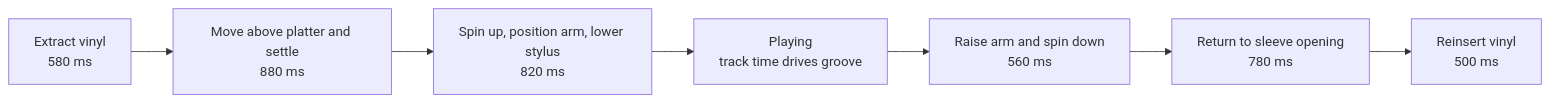
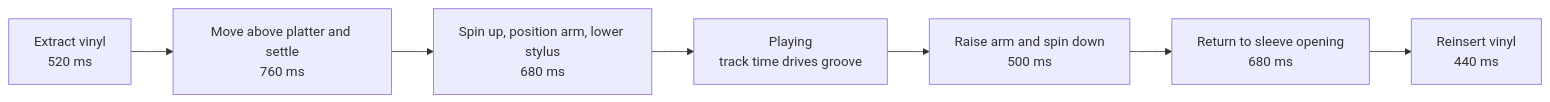
Before and after one commit to mintdotgg/bookshelf: the fourth of 4 diagrams in docs/animation-system/README.md, drawn with Mermaid. The commit also changed other lines of this file and 7 other files, not shown here.

````diff
--- a/docs/animation-system/README.md
+++ b/docs/animation-system/README.md
@@ -220,10 +227,10 @@
 ```mermaid
 flowchart LR
-    A["Extract vinyl<br/>580 ms"] -->
-    B["Move above platter and settle<br/>880 ms"] -->
-    C["Spin up, position arm, lower stylus<br/>820 ms"] -->
+    A["Extract vinyl<br/>520 ms"] -->
+    B["Move above platter and settle<br/>760 ms"] -->
+    C["Spin up, position arm, lower stylus<br/>680 ms"] -->
     D["Playing<br/>track time drives groove"] -->
-    E["Raise arm and spin down<br/>560 ms"] -->
-    F["Return to sleeve opening<br/>780 ms"] -->
-    G["Reinsert vinyl<br/>500 ms"]
+    E["Raise arm and spin down<br/>500 ms"] -->
+    F["Return to sleeve opening<br/>680 ms"] -->
+    G["Reinsert vinyl<br/>440 ms"]
 ```
````
